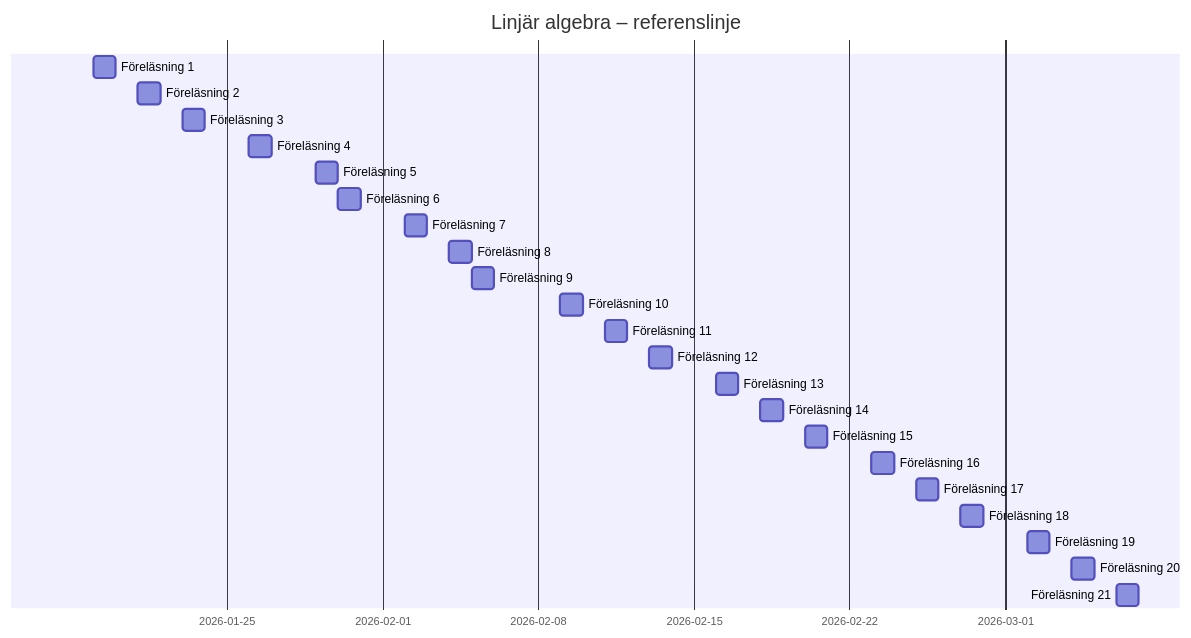
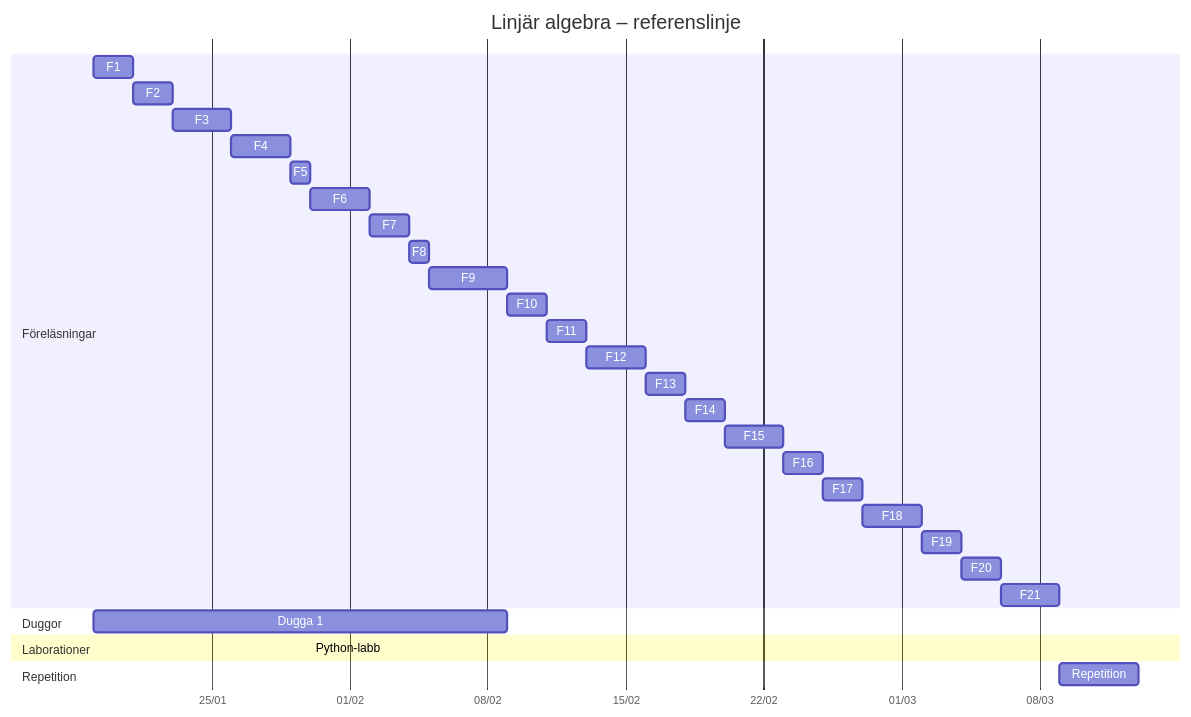
One commit to Scoutboy06/obsidian-vaults changed the diagram in Skola/Linjär Algebra/course.md. Above: the diagram before and after it, drawn with Mermaid. The commit also changed other lines of this file, not shown here.

Commit message:
vault backup: 2026-01-21 19:26:28

````diff
--- a/Skola/Linjär Algebra/course.md
+++ b/Skola/Linjär Algebra/course.md
@@ -11,27 +5,38 @@
 ```mermaid
 gantt
     dateFormat  YYYY-MM-DD
     title Linjär algebra – referenslinje
+    axisFormat  %d/%m
 
-    Föreläsning 1  : f1, 2026-01-19, 1d
-    Föreläsning 2  : f2, 2026-01-21, 1d
-    Föreläsning 3  : f3, 2026-01-23, 1d
-    Föreläsning 4  : f4, 2026-01-26, 1d
-    Föreläsning 5  : f5, 2026-01-29, 1d
-    Föreläsning 6  : f6, 2026-01-30, 1d
-    Föreläsning 7  : f7, 2026-02-02, 1d
-    Föreläsning 8  : f8, 2026-02-04, 1d
-    Föreläsning 9  : f9, 2026-02-05, 1d
-    Föreläsning 10 : f10, 2026-02-09, 1d
-    Föreläsning 11 : f11, 2026-02-11, 1d
-    Föreläsning 12 : f12, 2026-02-13, 1d
-    Föreläsning 13 : f13, 2026-02-16, 1d
-    Föreläsning 14 : f14, 2026-02-18, 1d
-    Föreläsning 15 : f15, 2026-02-20, 1d
-    Föreläsning 16 : f16, 2026-02-23, 1d
-    Föreläsning 17 : f17, 2026-02-25, 1d
-    Föreläsning 18 : f18, 2026-02-27, 1d
-    Föreläsning 19 : f19, 2026-03-02, 1d
-    Föreläsning 20 : f20, 2026-03-04, 1d
-    Föreläsning 21 : f21, 2026-03-06, 1d
+    section Föreläsningar
+    F1: f1, 2026-01-19, 2026-01-21
+    F2: f2, 2026-01-21, 2026-01-23
+    F3: f3, 2026-01-23, 2026-01-26
+    F4: f4, 2026-01-26, 2026-01-29
+    F5: f5, 2026-01-29, 2026-01-30
+    F6: f6, 2026-01-30, 2026-02-02
+    F7: f7, 2026-02-02, 2026-02-04
+    F8: f8, 2026-02-04, 2026-02-05
+    F9: f9, 2026-02-05, 2026-02-09
+    F10: f10, 2026-02-09, 2026-02-11
+    F11: f11, 2026-02-11, 2026-02-13
+    F12: f12, 2026-02-13, 2026-02-16
+    F13: f13, 2026-02-16, 2026-02-18
+    F14: f14, 2026-02-18, 2026-02-20
+    F15: f15, 2026-02-20, 2026-02-23
+    F16: f16, 2026-02-23, 2026-02-25
+    F17: f17, 2026-02-25, 2026-02-27
+    F18: f18, 2026-02-27, 2026-03-02
+    F19: f19, 2026-03-02, 2026-03-04
+    F20: f20, 2026-03-04, 2026-03-06
+    F21: f21, 2026-03-06, 2026-03-09
+
+    section Duggor
+    Dugga 1: d1, 2026-01-19, 2026-02-09
+
+    section Laborationer
+    Python-labb: l1, 2026-01-30, 2026-01-30
+
+    section Repetition
+    Repetition: r1, 2026-03-09, 2026-03-13
 ```
````
